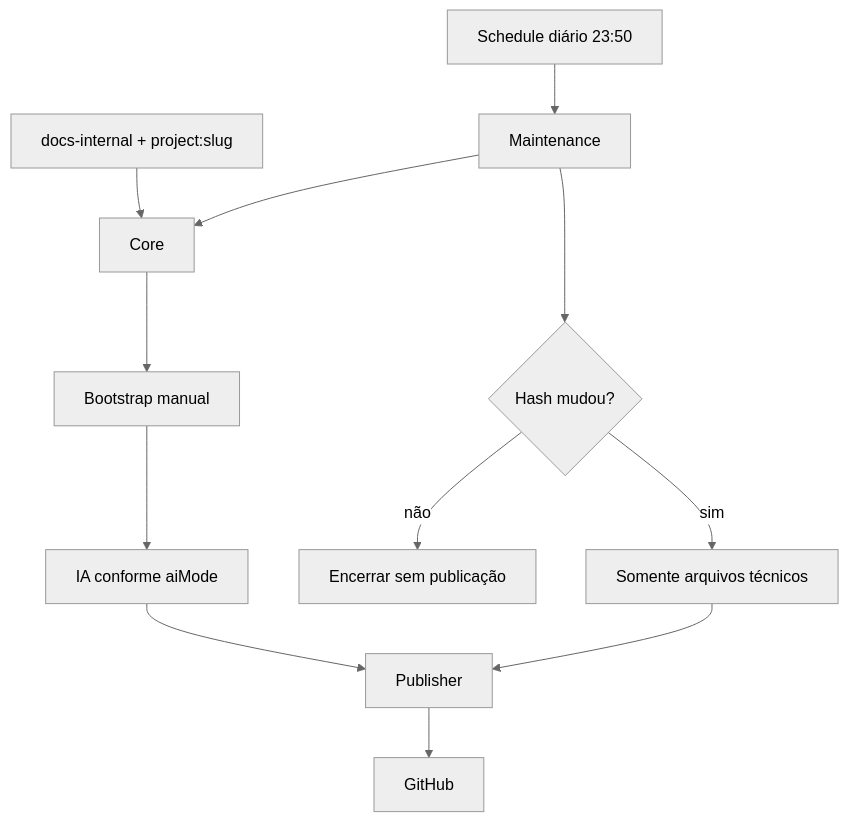
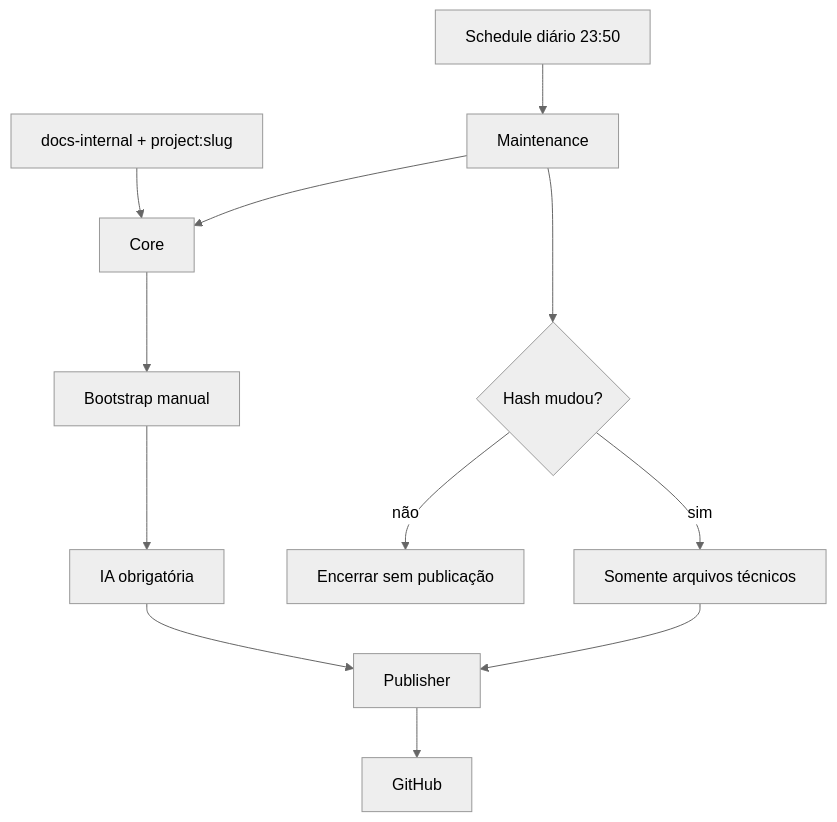
Before and after one commit to jhvlima/n8n-workflows: the diagram in README.md, drawn with Mermaid (neutral theme). The commit also changed other lines of this file and 36 other files, not shown here.

````diff
--- a/README.md
+++ b/README.md
@@ -21,15 +21,15 @@
 ```mermaid
 flowchart TD
     T[docs-internal + project:slug] --> C[Core]
     C --> B[Bootstrap manual]
-    B --> A[IA conforme aiMode]
+    B --> A[IA obrigatória]
     A --> P[Publisher]
     P --> G[GitHub]
 
     S[Schedule diário 23:50] --> M[Maintenance]
     M --> C
     M --> H{Hash mudou?}
     H -->|não| X[Encerrar sem publicação]
     H -->|sim| Q[Somente arquivos técnicos]
     Q --> P
 ```
````
